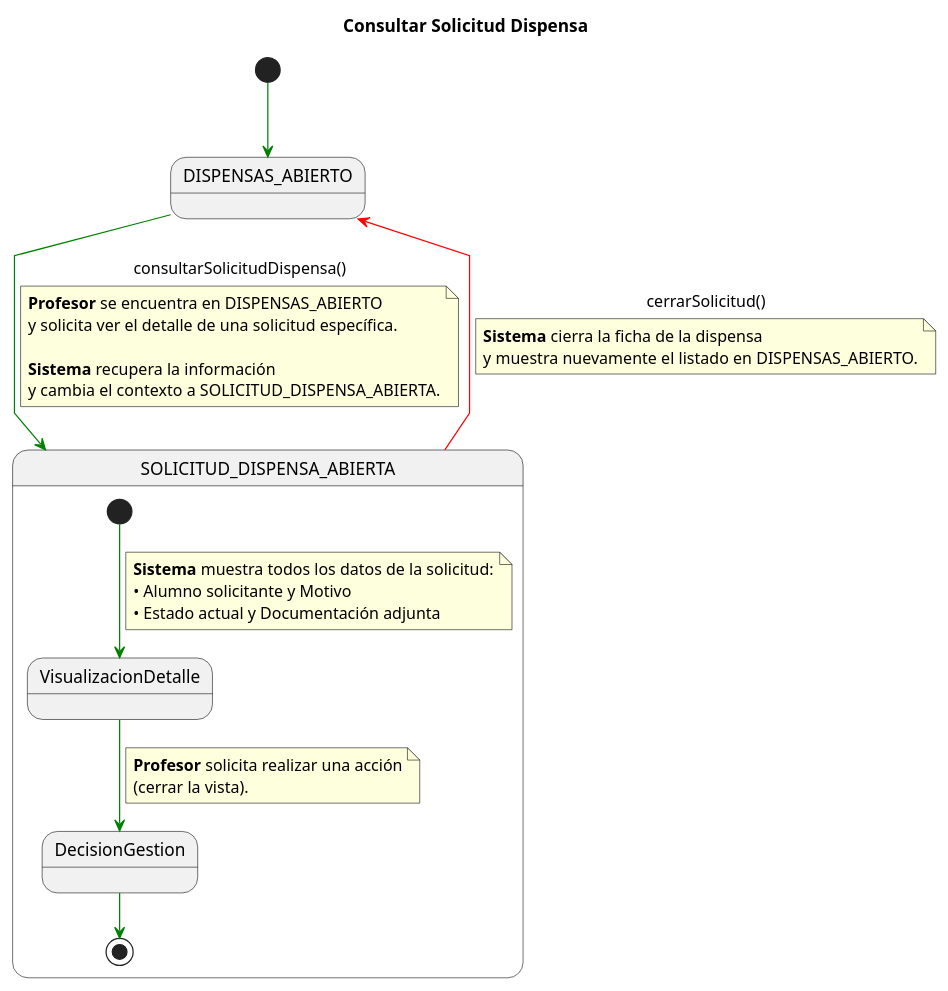
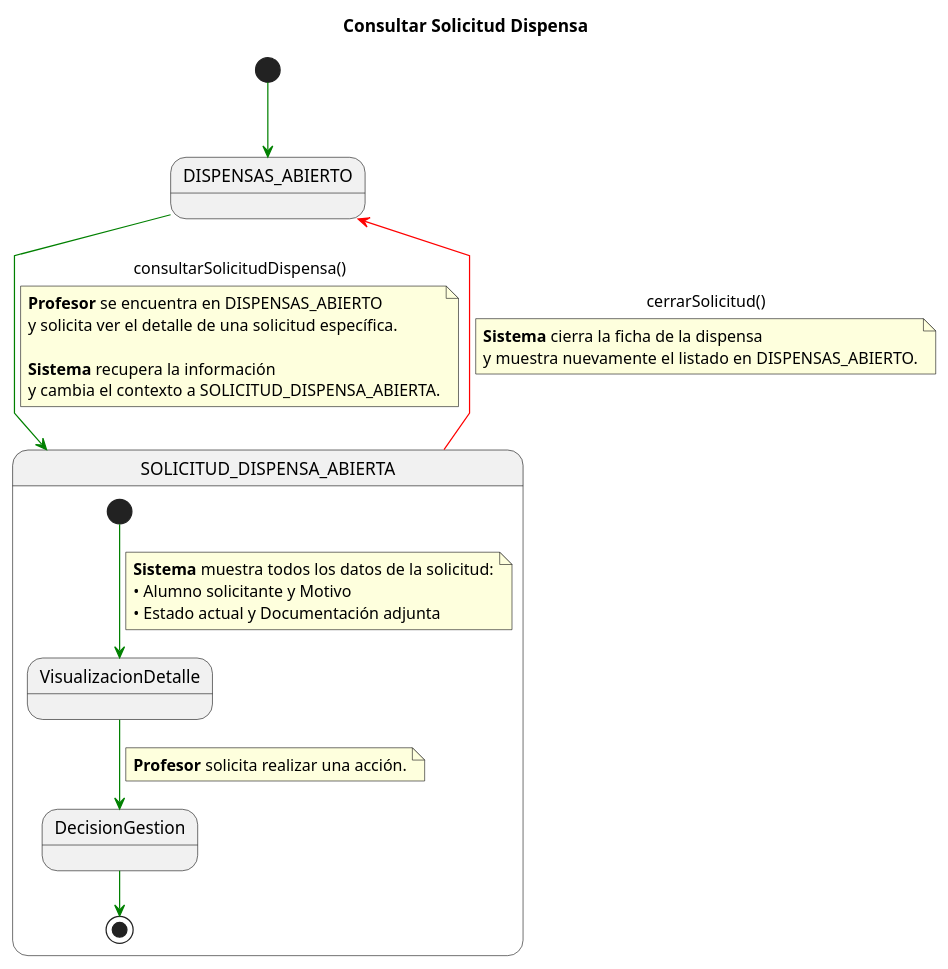
Before and after one commit to enmabry/25-26-IdSw1-SdR: the diagram in documents/CasosDeUso/DetalladoCasosDeUso/Profesor/consultarSolicitudDispensa.puml, drawn with PlantUML. The commit also changed 7 other files, not shown here.

```diff
--- a/documents/CasosDeUso/DetalladoCasosDeUso/Profesor/consultarSolicitudDispensa.puml
+++ b/documents/CasosDeUso/DetalladoCasosDeUso/Profesor/consultarSolicitudDispensa.puml
@@ -1,46 +1,45 @@
 @startuml
 title Consultar Solicitud Dispensa
 skinparam linetype polyline
 
 state DISPENSAS_ABIERTO_INICIAL       as "DISPENSAS_ABIERTO"
 state SOLICITUD_DISPENSA_ABIERTA_COMP as "SOLICITUD_DISPENSA_ABIERTA"
 
 [*] -[#green]-> DISPENSAS_ABIERTO_INICIAL
 
 DISPENSAS_ABIERTO_INICIAL -[#green]-> SOLICITUD_DISPENSA_ABIERTA_COMP : consultarSolicitudDispensa()
 note on link
 <b>Profesor</b> se encuentra en DISPENSAS_ABIERTO
 y solicita ver el detalle de una solicitud específica.
 
 <b>Sistema</b> recupera la información
 y cambia el contexto a SOLICITUD_DISPENSA_ABIERTA.
 end note
 
 state SOLICITUD_DISPENSA_ABIERTA_COMP as "SOLICITUD_DISPENSA_ABIERTA" {
 
     state VisualizacionDetalle
     state DecisionGestion
 
     [*] -[#green]-> VisualizacionDetalle
     note on link
     <b>Sistema</b> muestra todos los datos de la solicitud:
     • Alumno solicitante y Motivo
     • Estado actual y Documentación adjunta
     end note
 
     VisualizacionDetalle -[#green]-> DecisionGestion
     note on link
-    <b>Profesor</b> solicita realizar una acción
-    (cerrar la vista).
+    <b>Profesor</b> solicita realizar una acción.
     end note
 
     DecisionGestion -[#green]-> [*]
 }
 
 SOLICITUD_DISPENSA_ABIERTA_COMP -[#red]-> DISPENSAS_ABIERTO_INICIAL : cerrarSolicitud()
 note on link
 <b>Sistema</b> cierra la ficha de la dispensa
 y muestra nuevamente el listado en DISPENSAS_ABIERTO.
 end note
 
 @enduml
```
